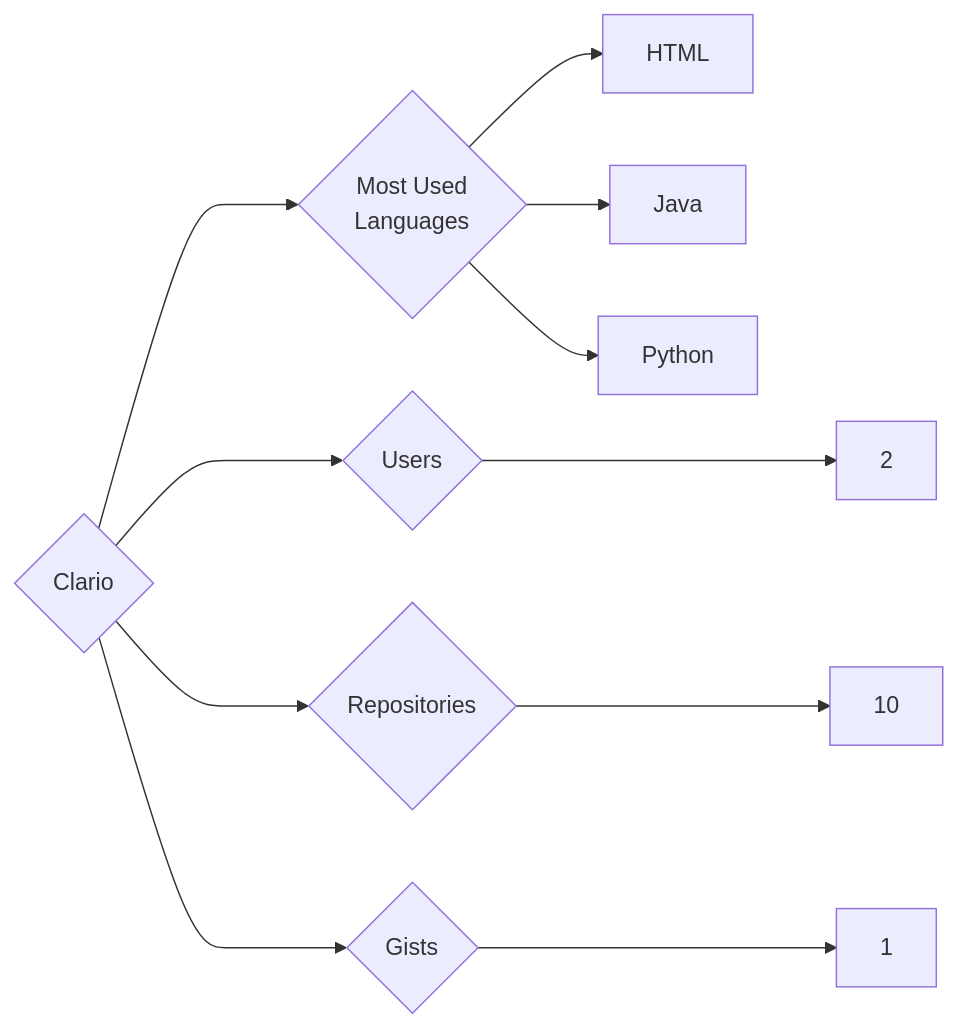
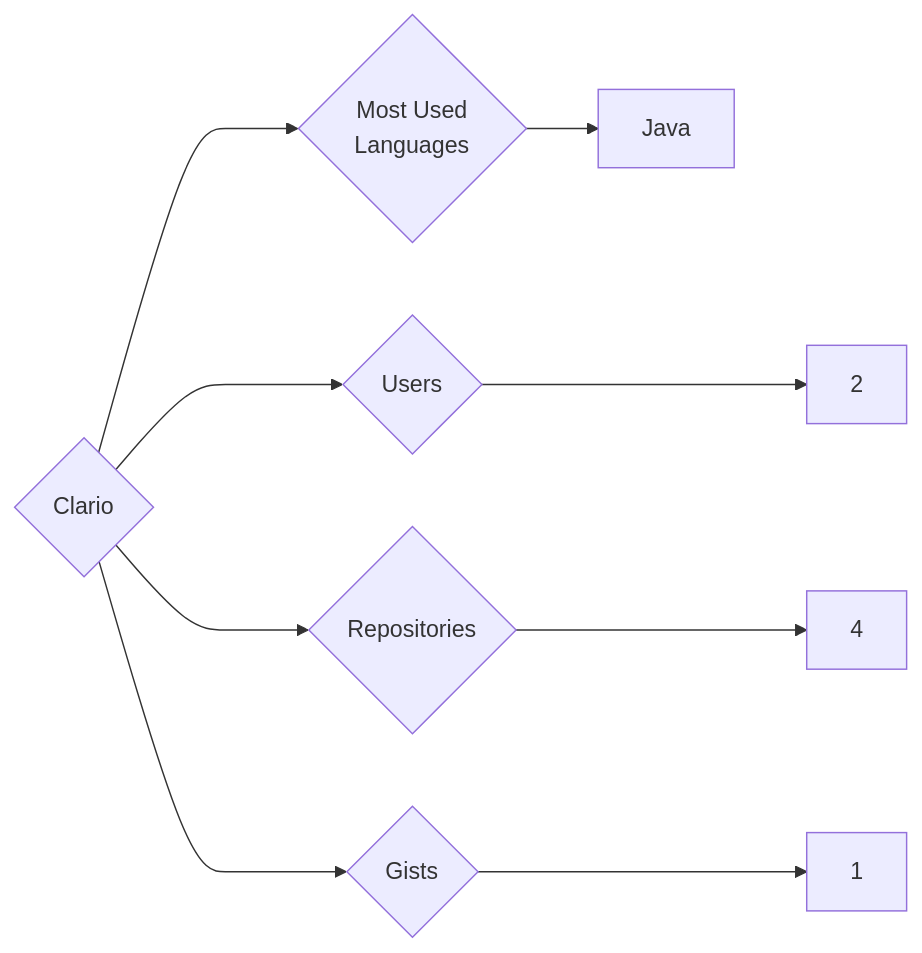
One commit to trickest/insiders changed the diagram in targets/Clario/README.md. Above: the diagram before and after it, drawn with Mermaid. The commit also changed 1148 other files, not shown here.

````diff
--- a/targets/Clario/README.md
+++ b/targets/Clario/README.md
@@ -3,11 +3,9 @@
 ```mermaid
 graph LR
 COMPANY_NAME{Clario}
 COMPANY_NAME ---> U{Users} ---> UN[2]
-COMPANY_NAME ---> R{Repositories} ---> RN[10]
+COMPANY_NAME ---> R{Repositories} ---> RN[4]
 COMPANY_NAME ---> G{Gists} ---> GN[1]
 COMPANY_NAME ---> ML{Most Used<br>Languages}
-ML --> HTML[HTML]
 ML --> Java[Java]
-ML --> Python[Python]
 ```
````
